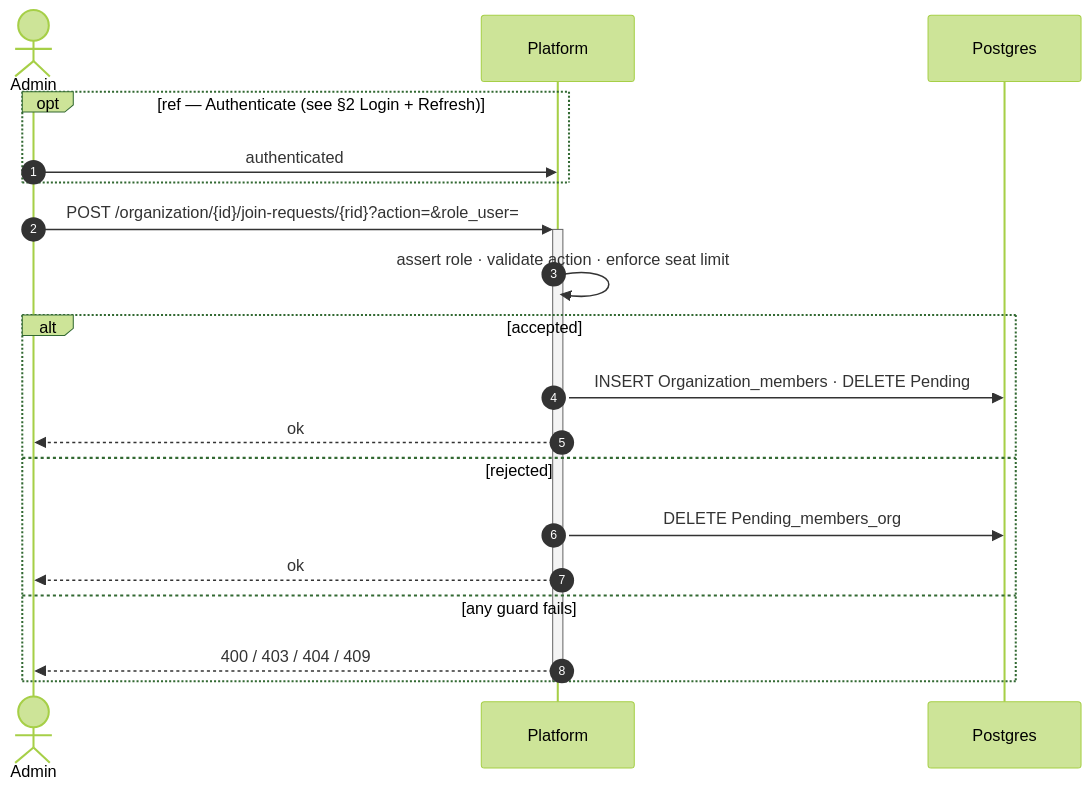
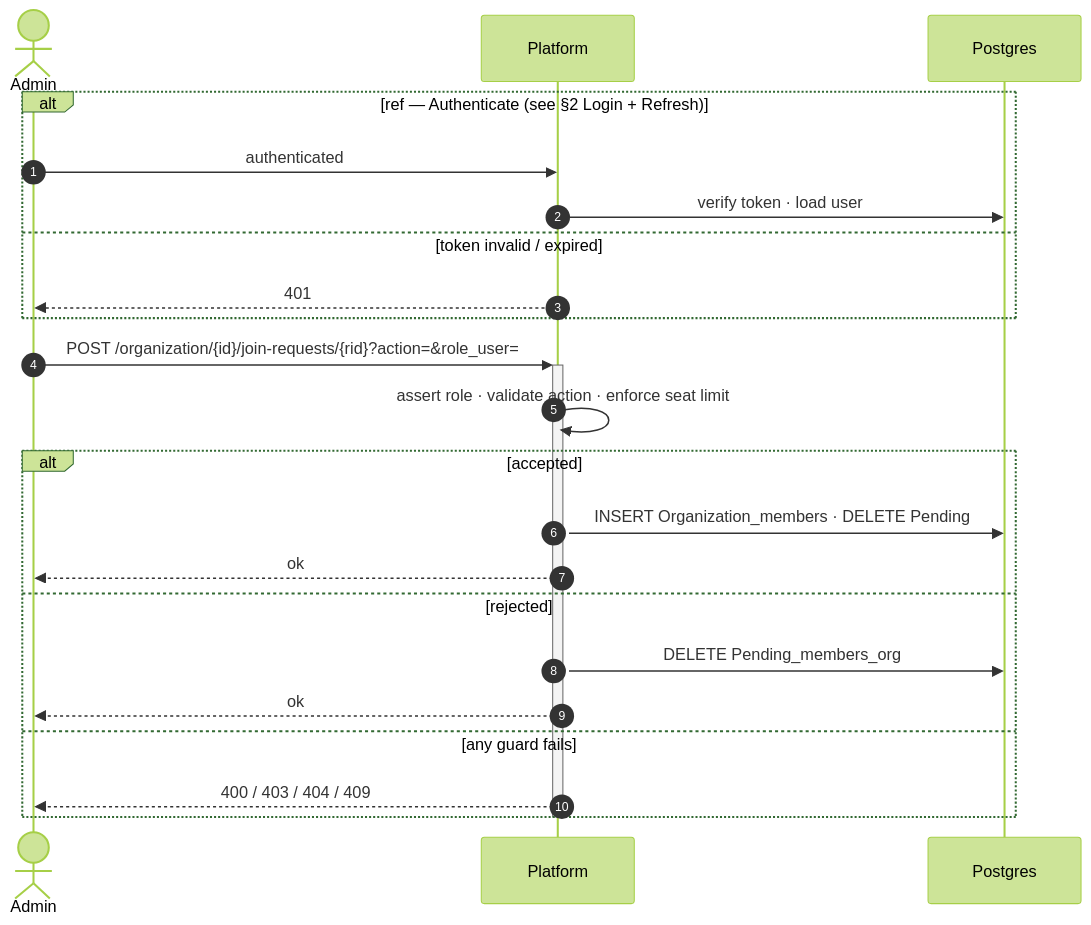
Before and after one commit to MohamedChebbi123/teamnest: the seventh of 16 diagrams in docs/SEQUENCE_DIAGRAMS.md, drawn with Mermaid (forest theme). The commit also changed other lines of this file, not shown here.

````diff
--- a/docs/SEQUENCE_DIAGRAMS.md
+++ b/docs/SEQUENCE_DIAGRAMS.md
@@ -192,24 +199,27 @@
 ```mermaid
 sequenceDiagram
     autonumber
     actor Admin
     participant API as Platform
     participant DB as Postgres
 
-    opt ref — Authenticate (see §2 Login + Refresh)
+    alt ref — Authenticate (see §2 Login + Refresh)
         Admin->>API: authenticated
+        API->>DB: verify token · load user
+    else token invalid / expired
+        API-->>Admin: 401
     end
 
     Admin->>+API: POST /organization/{id}/join-requests/{rid}?action=&role_user=
     API->>API: assert role · validate action · enforce seat limit
     alt accepted
         API->>DB: INSERT Organization_members · DELETE Pending
         API-->>Admin: ok
     else rejected
         API->>DB: DELETE Pending_members_org
         API-->>Admin: ok
     else any guard fails
         API-->>Admin: 400 / 403 / 404 / 409
     end
     deactivate API
 ```
````
